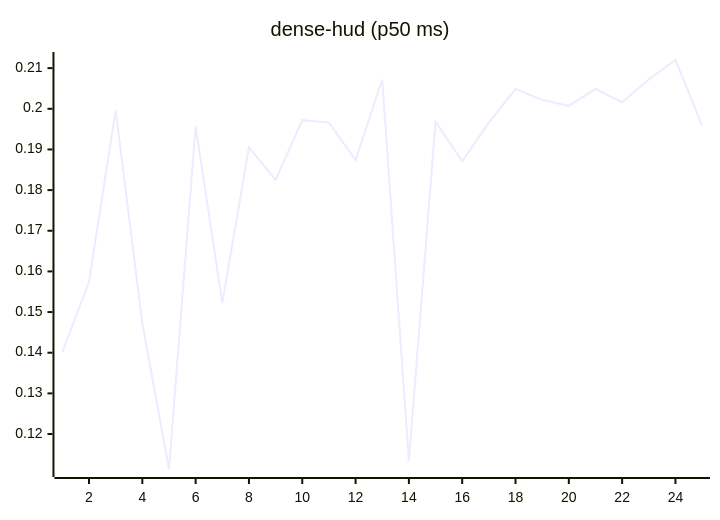
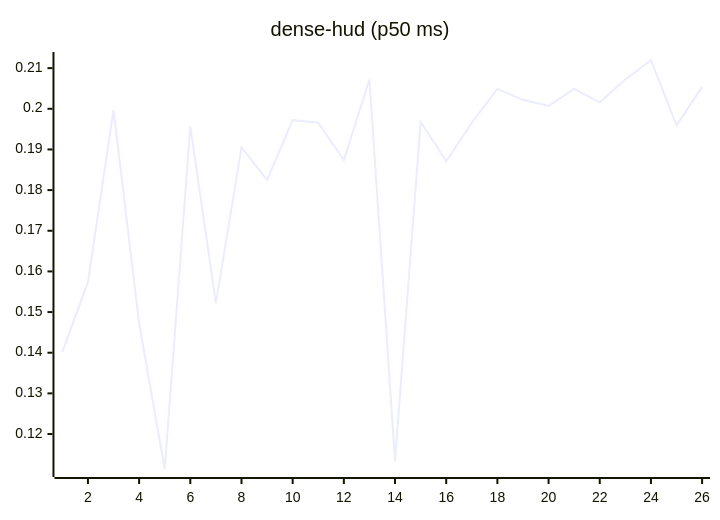
The eighth of 27 diagrams in README.md (josha/Facet), drawn with Mermaid before and after one commit. The commit also changed other lines of this file and 2 other files, not shown here.

````diff
--- a/README.md
+++ b/README.md
@@ -112,6 +112,6 @@
 ```mermaid
 xychart-beta
     title "dense-hud (p50 ms)"
-    x-axis 1 --> 25
-    line [0.1402, 0.1574, 0.1997, 0.1472, 0.1114, 0.1957, 0.1522, 0.1905, 0.1825, 0.1972, 0.1966, 0.1874, 0.2072, 0.1134, 0.1968, 0.1871, 0.1966, 0.2049, 0.2022, 0.2007, 0.2049, 0.2016, 0.2072, 0.2120, 0.1959]
+    x-axis 1 --> 26
+    line [0.1402, 0.1574, 0.1997, 0.1472, 0.1114, 0.1957, 0.1522, 0.1905, 0.1825, 0.1972, 0.1966, 0.1874, 0.2072, 0.1134, 0.1968, 0.1871, 0.1966, 0.2049, 0.2022, 0.2007, 0.2049, 0.2016, 0.2072, 0.2120, 0.1959, 0.2054]
 ```
````
